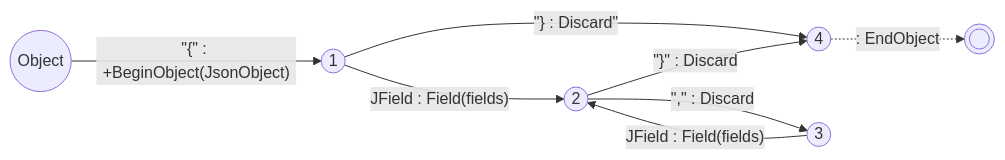
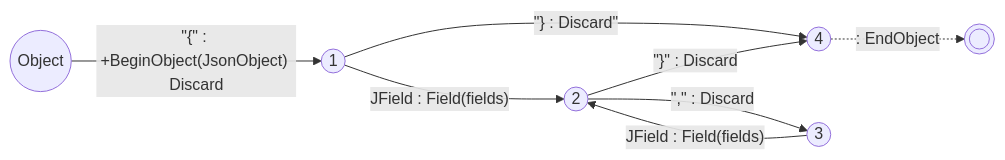
Before and after one commit to vczh-websites/vczh: the third of 3 diagrams in Blog/GLR-Refactoring/Mermaid.md, drawn with Mermaid.

````diff
--- a/Blog/GLR-Refactoring/Mermaid.md
+++ b/Blog/GLR-Refactoring/Mermaid.md
@@ -35,10 +35,10 @@
 ```mermaid
 graph LR
-  S((Object))-- #quot;{#quot; : +BeginObject(JsonObject)-->1
+  S((Object))-- #quot;{#quot; : +BeginObject(JsonObject) Discard-->1
   1((1))-- #quot;} : Discard#quot; -->4
   1-- JField : Field(fields) -->2
   2((2))-- #quot;}#quot; : Discard -->4
   2-- #quot;,#quot; : Discard -->3
   3((3))-- JField : Field(fields) -->2
   4((4))-. : EndObject .->E((( )))
 ```
````
